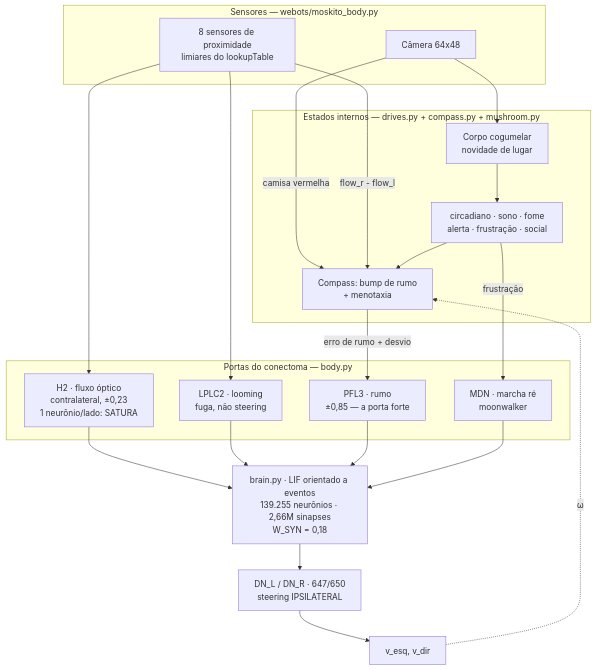
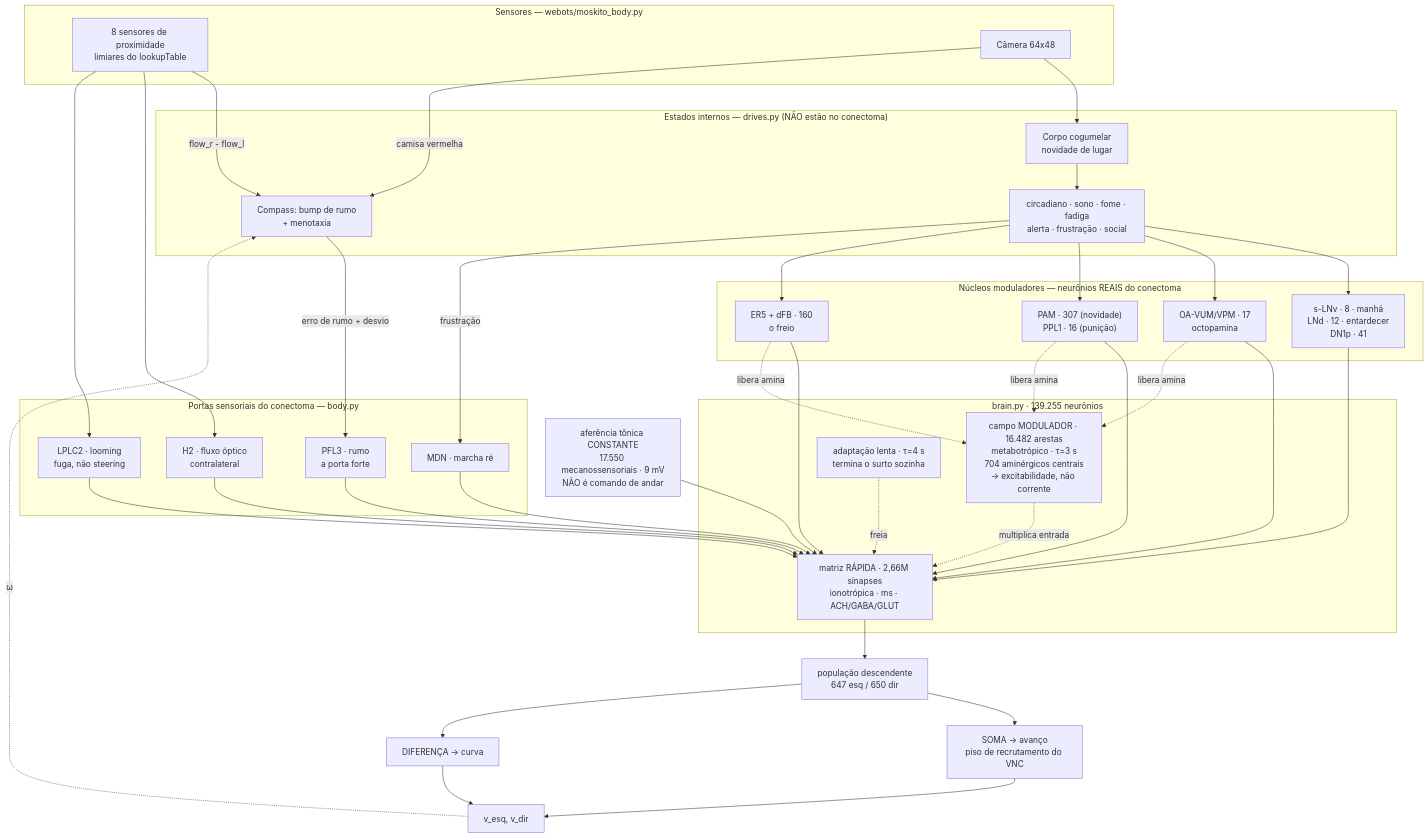
One commit to albertferreira2020/moskito changed the diagram in CLAUDE.md. Above: the diagram before and after it, drawn with Mermaid. The commit also changed other lines of this file and 11 other files, not shown here.

First line of the commit message:
Avanco emergente: velocidade vira leitura da rede, nao comando

````diff
--- a/CLAUDE.md
+++ b/CLAUDE.md
@@ -34,34 +34,58 @@
 ```mermaid
 flowchart TD
     subgraph sensores["Sensores — webots/moskito_body.py"]
         PS["8 sensores de proximidade<br/>limiares do lookupTable"]
         CAM["Câmera 64x48"]
     end
 
-    subgraph portas["Portas do conectoma — body.py"]
-        H2["H2 · fluxo óptico<br/>contralateral, ±0,23<br/>1 neurônio/lado: SATURA"]
-        LPLC["LPLC2 · looming<br/>fuga, não steering"]
-        PFL["PFL3 · rumo<br/>±0,85 — a porta forte"]
-        MDN["MDN · marcha ré<br/>moonwalker"]
+    subgraph estados["Estados internos — drives.py (NÃO estão no conectoma)"]
+        DR["circadiano · sono · fome · fadiga<br/>alerta · frustração · social"]
+        MB["Corpo cogumelar<br/>novidade de lugar"]
+        CX["Compass: bump de rumo<br/>+ menotaxia"]
     end
 
-    subgraph estados["Estados internos — drives.py + compass.py + mushroom.py"]
-        DR["circadiano · sono · fome<br/>alerta · frustração · social"]
-        CX["Compass: bump de rumo<br/>+ menotaxia"]
-        MB["Corpo cogumelar<br/>novidade de lugar"]
+    subgraph nucleos["Núcleos moduladores — neurônios REAIS do conectoma"]
+        CLK["s-LNv · 8 · manhã<br/>LNd · 12 · entardecer<br/>DN1p · 41"]
+        OA["OA-VUM/VPM · 17<br/>octopamina"]
+        DA["PAM · 307 (novidade)<br/>PPL1 · 16 (punição)"]
+        SLP["ER5 + dFB · 160<br/>o freio"]
     end
 
-    BRAIN["brain.py · LIF orientado a eventos<br/>139.255 neurônios · 2,66M sinapses<br/>W_SYN = 0,18"]
-    DN["DN_L / DN_R · 647/650<br/>steering IPSILATERAL"]
+    subgraph portas["Portas sensoriais do conectoma — body.py"]
+        H2["H2 · fluxo óptico<br/>contralateral"]
+        LPLC["LPLC2 · looming<br/>fuga, não steering"]
+        PFL["PFL3 · rumo<br/>a porta forte"]
+        MDN["MDN · marcha ré"]
+    end
+
+    TON["aferência tônica CONSTANTE<br/>17.550 mecanossensoriais · 9 mV<br/>NÃO é comando de andar"]
+
+    subgraph rede["brain.py · 139.255 neurônios"]
+        FAST["matriz RÁPIDA · 2,66M sinapses<br/>ionotrópica · ms · ACH/GABA/GLUT"]
+        MODF["campo MODULADOR · 16.482 arestas<br/>metabotrópico · τ=3 s<br/>704 aminérgicos centrais<br/>→ excitabilidade, não corrente"]
+        ADAPT["adaptação lenta · τ=4 s<br/>termina o surto sozinha"]
+    end
+
+    DN["população descendente<br/>647 esq / 650 dir"]
+    SOMA["SOMA → avanço<br/>piso de recrutamento do VNC"]
+    DIF["DIFERENÇA → curva"]
     RODAS["v_esq, v_dir"]
 
     CAM --> MB --> DR
     CAM -->|camisa vermelha| CX
     PS -->|flow_r - flow_l| CX
     PS --> H2 & LPLC
-    DR --> CX
+    DR --> CLK & OA & DA & SLP
     CX -->|erro de rumo + desvio| PFL
     DR -->|frustração| MDN
-    H2 & LPLC & PFL & MDN --> BRAIN --> DN --> RODAS
+    CLK & OA & DA & SLP --> FAST
+    TON --> FAST
+    H2 & LPLC & PFL & MDN --> FAST
+    OA & DA & SLP -.->|libera amina| MODF
+    MODF -.->|multiplica entrada| FAST
+    ADAPT -.->|freia| FAST
+    FAST --> DN
+    DN --> SOMA & DIF
+    SOMA & DIF --> RODAS
     RODAS -.->|ω| CX
 ```
````
